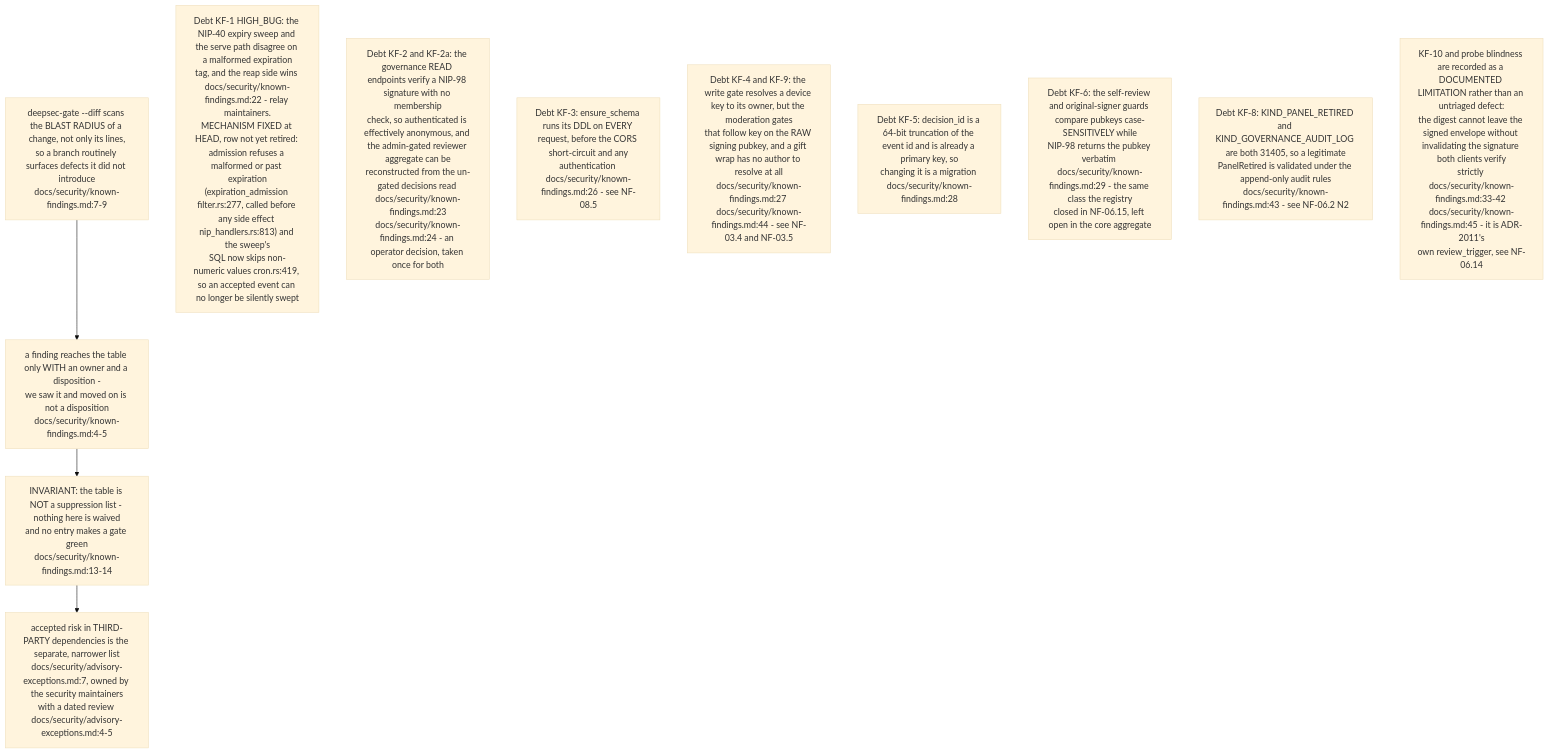
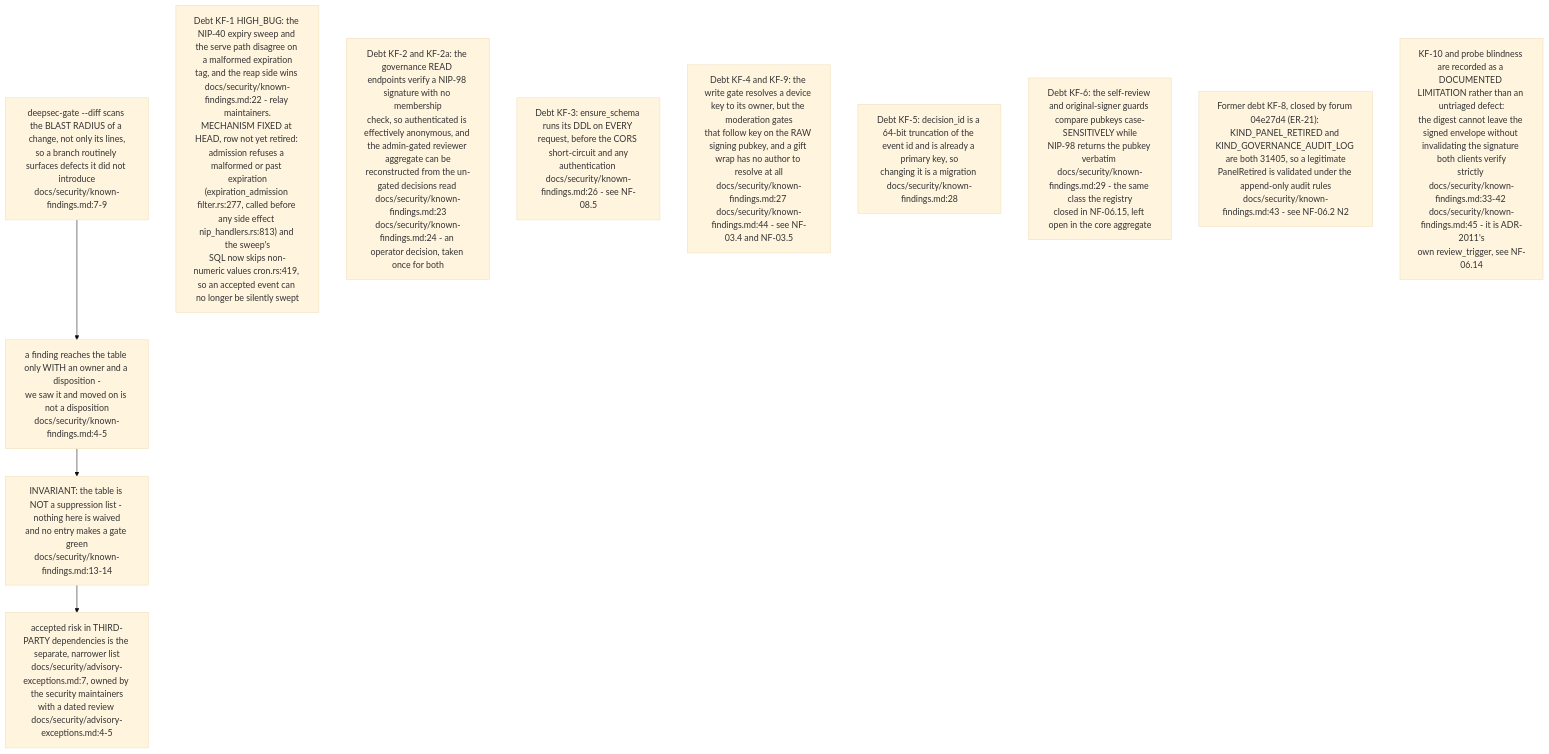
One commit to DreamLab-AI/VisionFlow changed the ninth of 10 diagrams in docs/diagrams/nostr-rust-forum/10-invariants-and-anomaly-register.md. Above: the diagram before and after it, drawn with Mermaid (base theme). The commit also changed 4 other files, not shown here.

First line of the commit message:
docs(diagrams): VC-35 and VG-05 read their stamped commits; ER-18 and ER-21 recorded in OM-03, NF-06, NF-10

````diff
--- a/docs/diagrams/nostr-rust-forum/10-invariants-and-anomaly-register.md
+++ b/docs/diagrams/nostr-rust-forum/10-invariants-and-anomaly-register.md
@@ -192,18 +192,18 @@
 ```mermaid
 flowchart TB
     GATE["deepsec-gate --diff scans the BLAST RADIUS of a change, not only its lines,<br/>so a branch routinely surfaces defects it did not introduce<br/>docs/security/known-findings.md:7-9"]
     RULE["a finding reaches the table only WITH an owner and a disposition -<br/>we saw it and moved on is not a disposition<br/>docs/security/known-findings.md:4-5"]
     NOTSUP["INVARIANT: the table is NOT a suppression list - nothing here is waived<br/>and no entry makes a gate green<br/>docs/security/known-findings.md:13-14"]
     SEP["accepted risk in THIRD-PARTY dependencies is the separate, narrower list<br/>docs/security/advisory-exceptions.md:7, owned by the security maintainers<br/>with a dated review docs/security/advisory-exceptions.md:4-5"]
 
     GATE --> RULE --> NOTSUP --> SEP
 
     N1["Debt KF-1 HIGH_BUG: the NIP-40 expiry sweep and the serve path disagree on a malformed expiration<br/>tag, and the reap side wins docs/security/known-findings.md:22 - relay maintainers.<br/>MECHANISM FIXED at HEAD, row not yet retired: admission refuses a malformed or past expiration<br/>(expiration_admission filter.rs:277, called before any side effect nip_handlers.rs:813) and the sweep's<br/>SQL now skips non-numeric values cron.rs:419, so an accepted event can no longer be silently swept"]
     N2["Debt KF-2 and KF-2a: the governance READ endpoints verify a NIP-98 signature with no membership<br/>check, so authenticated is effectively anonymous, and the admin-gated reviewer aggregate can be<br/>reconstructed from the un-gated decisions read docs/security/known-findings.md:23<br/>docs/security/known-findings.md:24 - an operator decision, taken once for both"]
     N3["Debt KF-3: ensure_schema runs its DDL on EVERY request, before the CORS short-circuit and any<br/>authentication docs/security/known-findings.md:26 - see NF-08.5"]
     N4["Debt KF-4 and KF-9: the write gate resolves a device key to its owner, but the moderation gates<br/>that follow key on the RAW signing pubkey, and a gift wrap has no author to resolve at all<br/>docs/security/known-findings.md:27 docs/security/known-findings.md:44 - see NF-03.4 and NF-03.5"]
     N5["Debt KF-5: decision_id is a 64-bit truncation of the event id and is already a primary key, so<br/>changing it is a migration docs/security/known-findings.md:28"]
     N6["Debt KF-6: the self-review and original-signer guards compare pubkeys case-SENSITIVELY while<br/>NIP-98 returns the pubkey verbatim docs/security/known-findings.md:29 - the same class the registry<br/>closed in NF-06.15, left open in the core aggregate"]
-    N7["Debt KF-8: KIND_PANEL_RETIRED and KIND_GOVERNANCE_AUDIT_LOG are both 31405, so a legitimate<br/>PanelRetired is validated under the append-only audit rules<br/>docs/security/known-findings.md:43 - see NF-06.2 N2"]
+    N7["Former debt KF-8, closed by forum 04e27d4 (ER-21): KIND_PANEL_RETIRED and KIND_GOVERNANCE_AUDIT_LOG are both 31405, so a legitimate<br/>PanelRetired is validated under the append-only audit rules<br/>docs/security/known-findings.md:43 - see NF-06.2 N2"]
     N8["KF-10 and probe blindness are recorded as a DOCUMENTED LIMITATION rather than an untriaged defect:<br/>the digest cannot leave the signed envelope without invalidating the signature both clients verify<br/>strictly docs/security/known-findings.md:33-42 docs/security/known-findings.md:45 - it is ADR-2011's<br/>own review_trigger, see NF-06.14"]
 ```
````
